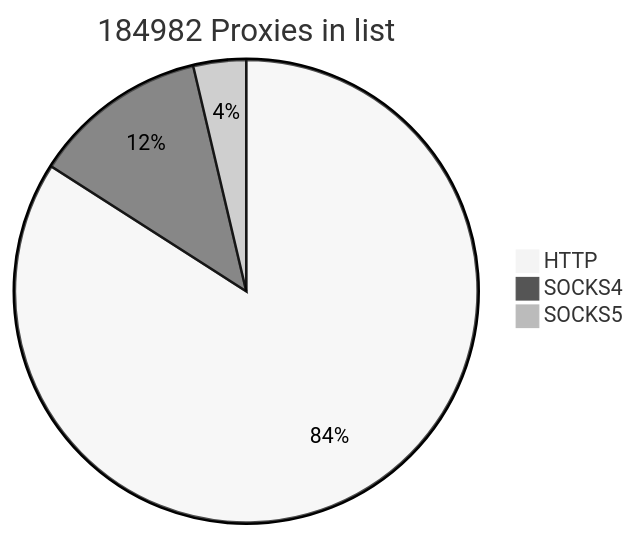
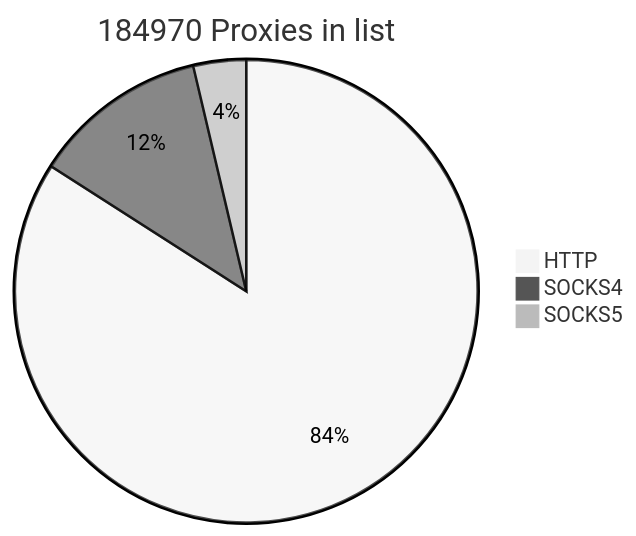
Before and after one commit to cutipu/proxylist: the first of 2 diagrams in README.md, drawn with Mermaid (neutral theme). The commit also changed other lines of this file, not shown here.

````diff
--- a/README.md
+++ b/README.md
@@ -2,7 +2,7 @@
 ```mermaid
-pie title 184982 Proxies in list
-    "HTTP" : 155508
-    "SOCKS4" : 22663
-    "SOCKS5" : 6811
+pie title 184970 Proxies in list
+    "HTTP" : 155498
+    "SOCKS4" : 22662
+    "SOCKS5" : 6810
             
 ```
````
